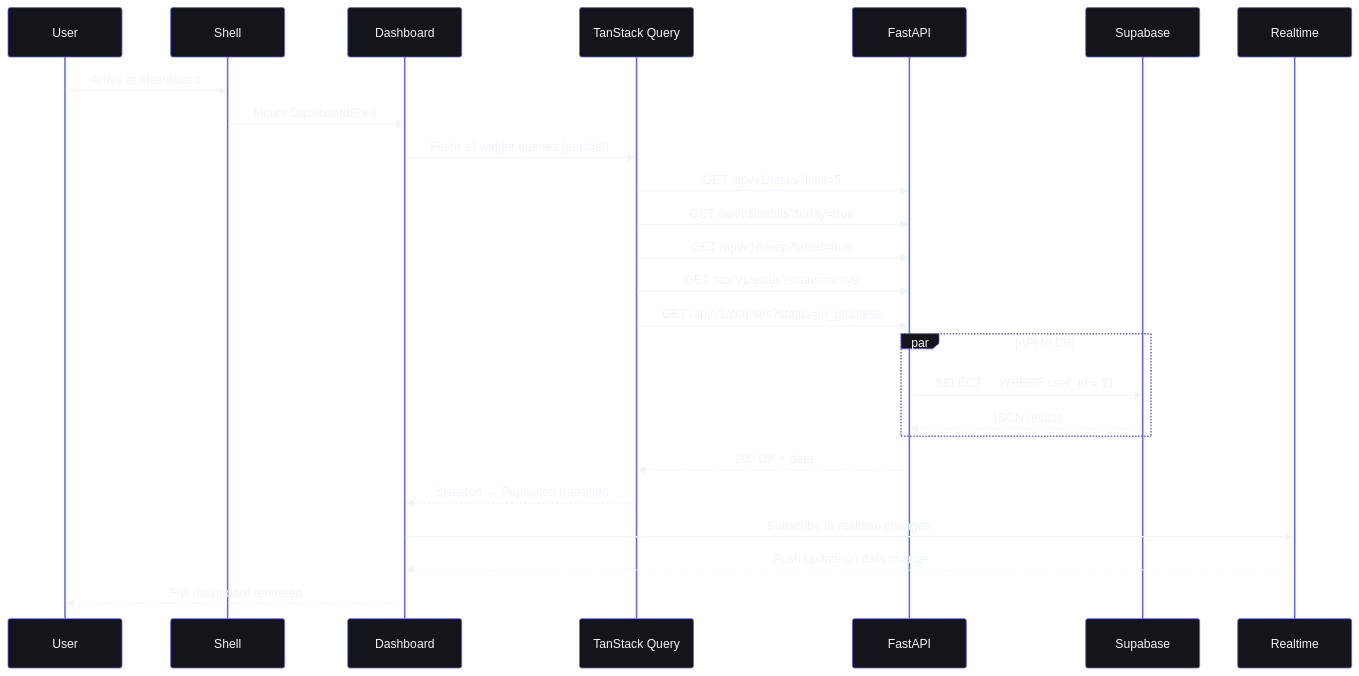
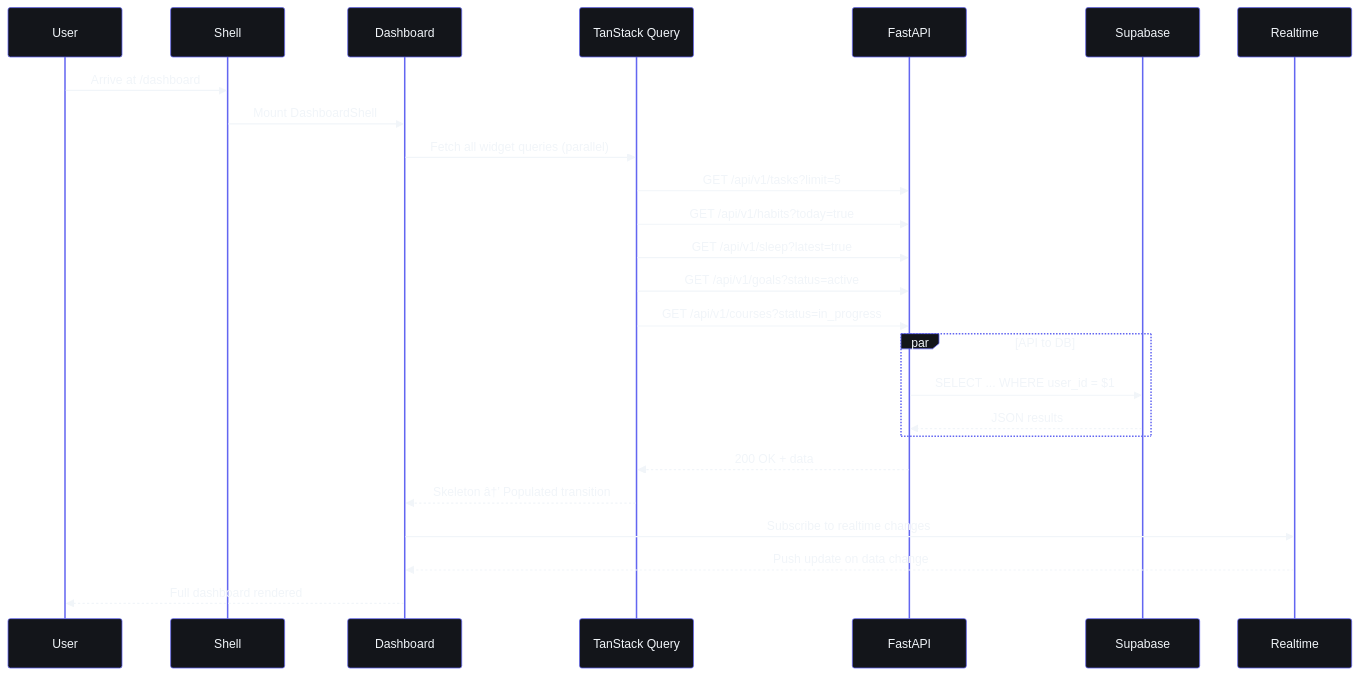
One commit to rohitkumarnaidu/ARIA-OS---SecondBrain- changed the first of 4 diagrams in docs/design/WorkflowArchitecture/01-UserFlows.md. Above: the diagram before and after it, drawn with Mermaid. The commit also changed other lines of this file and 9 other files, not shown here.

````diff
--- a/docs/design/WorkflowArchitecture/01-UserFlows.md
+++ b/docs/design/WorkflowArchitecture/01-UserFlows.md
@@ -141,29 +150,29 @@
 ```mermaid
 %%{init: {'theme': 'base', 'themeVariables': {'background': '#0A0B0F', 'primaryColor': '#13151A', 'primaryBorderColor': '#6366F1', 'primaryTextColor': '#F1F5F9', 'lineColor': '#818CF8', 'secondaryColor': '#1A1D24', 'tertiaryColor': '#00FFA3', 'fontFamily': 'DM Sans'}}}%%
 sequenceDiagram
     participant U as User
     participant S as Shell
     participant D as Dashboard
     participant Q as TanStack Query
     participant API as FastAPI
     participant DB as Supabase
     participant RT as Realtime
 
     U->>S: Arrive at /dashboard
     S->>D: Mount DashboardShell
     D->>Q: Fetch all widget queries (parallel)
     Q->>API: GET /api/v1/tasks?limit=5
     Q->>API: GET /api/v1/habits?today=true
     Q->>API: GET /api/v1/sleep?latest=true
     Q->>API: GET /api/v1/goals?status=active
     Q->>API: GET /api/v1/courses?status=in_progress
     par API to DB
         API->>DB: SELECT ... WHERE user_id = $1
         DB-->>API: JSON results
     end
     API-->>Q: 200 OK + data
-    Q-->>D: Skeleton → Populated transition
+    Q-->>D: Skeleton â†’ Populated transition
     D->>RT: Subscribe to realtime changes
     RT-->>D: Push update on data change
     D-->>U: Full dashboard rendered
 ```
````
